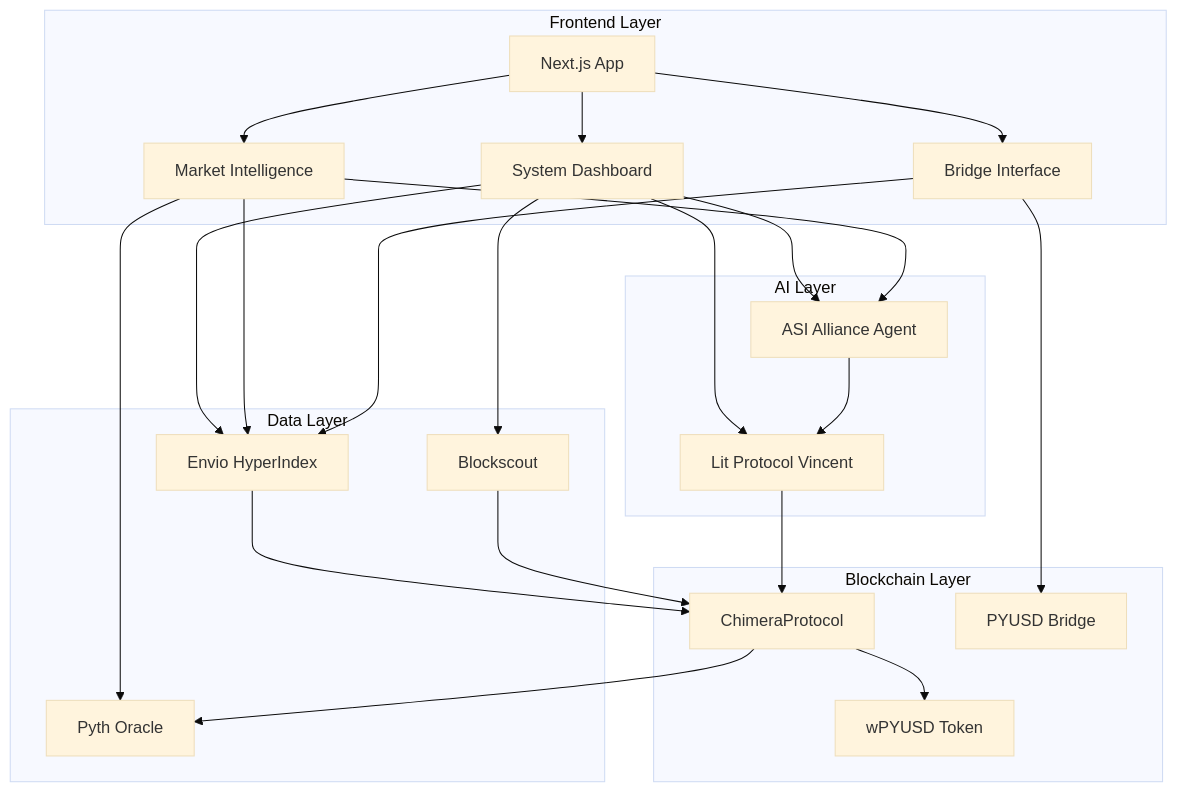
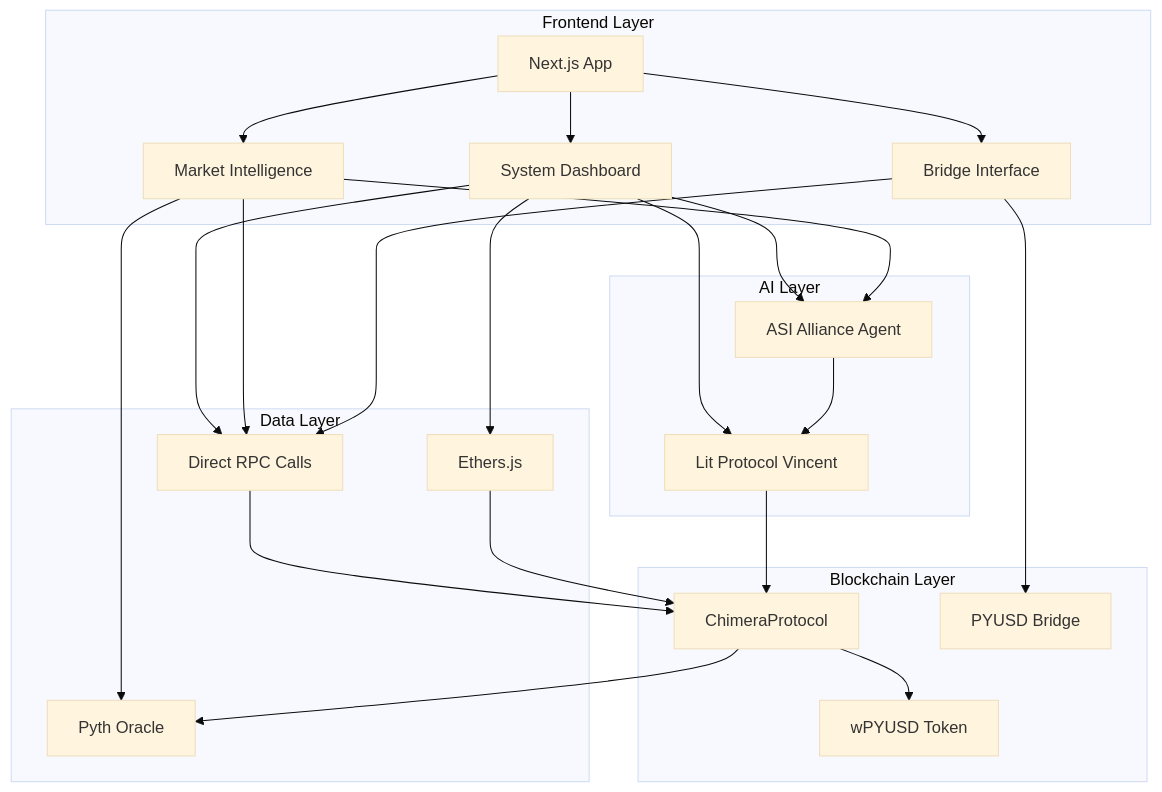
Before and after one commit to enliven17/chimera-protocol: the diagram in README.md, drawn with Mermaid (base theme). The commit also changed other lines of this file and 33 other files, not shown here.

````diff
--- a/README.md
+++ b/README.md
@@ -59,50 +59,50 @@
 ```mermaid
 graph TB
     subgraph "Frontend Layer"
         FE[Next.js App]
         SD[System Dashboard]
         MI[Market Intelligence]
         BR[Bridge Interface]
     end
 
     subgraph "AI Layer"
         ASI[ASI Alliance Agent]
         LIT[Lit Protocol Vincent]
     end
 
     subgraph "Data Layer"
-        ENV[Envio HyperIndex]
+        RPC[Direct RPC Calls]
         PYT[Pyth Oracle]
-        BS[Blockscout]
+        ETH[Ethers.js]
     end
 
     subgraph "Blockchain Layer"
         CP[ChimeraProtocol]
         PYUSD[wPYUSD Token]
         BRIDGE[PYUSD Bridge]
     end
 
     FE --> SD
     FE --> MI
     FE --> BR
     
     SD --> ASI
     SD --> LIT
-    SD --> ENV
-    SD --> BS
+    SD --> RPC
+    SD --> ETH
     
     MI --> ASI
-    MI --> ENV
+    MI --> RPC
     MI --> PYT
     
     BR --> BRIDGE
-    BR --> ENV
+    BR --> RPC
     
     ASI --> LIT
     LIT --> CP
     CP --> PYUSD
     CP --> PYT
     
-    ENV --> CP
-    BS --> CP
+    RPC --> CP
+    ETH --> CP
 ```
````
